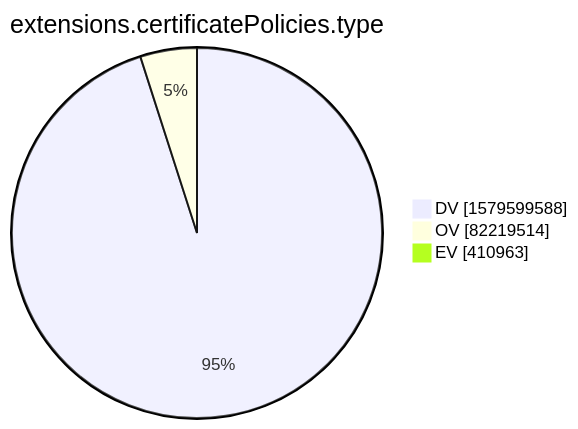
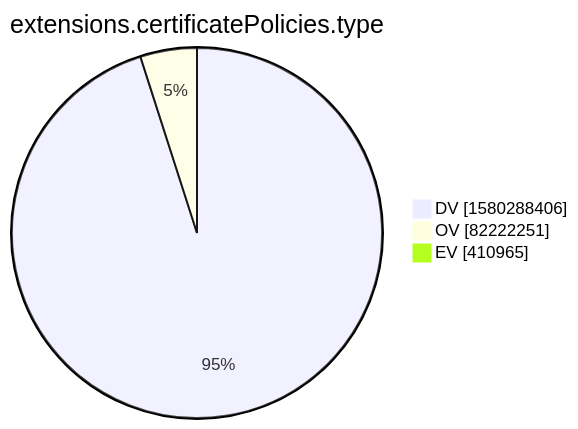
One commit to christiankrug/ctmonitor_visualization changed the tenth of 15 diagrams in xenon2022/README.md. Above: the diagram before and after it, drawn with Mermaid. The commit also changed other lines of this file, not shown here.

````diff
--- a/xenon2022/README.md
+++ b/xenon2022/README.md
@@ -2877,7 +2877,7 @@
 ```mermaid
 pie showData
 title extensions.certificatePolicies.type
-"DV" :1579599588
-"OV" :82219514
-"EV" :410963
+"DV" :1580288406
+"OV" :82222251
+"EV" :410965
 ```
````
